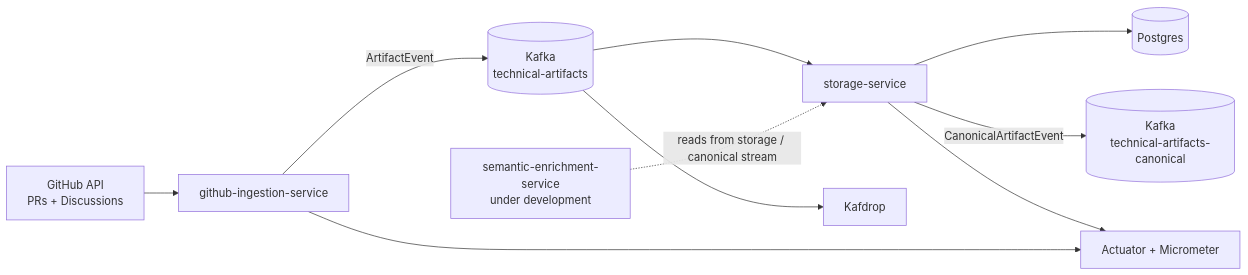
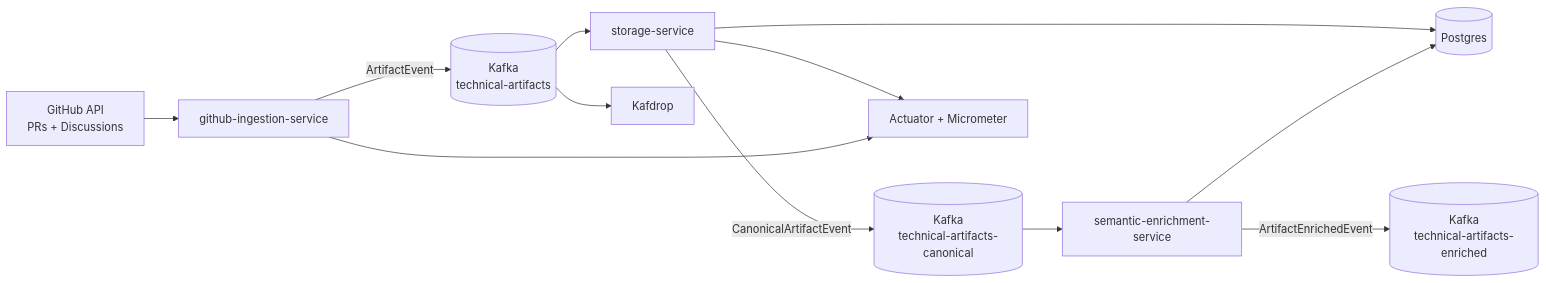
One commit to sivaanand13/change-owl changed the first of 2 diagrams in README.md. Above: the diagram before and after it, drawn with Mermaid. The commit also changed other lines of this file and 24 other files, not shown here.

First line of the commit message:
feat: add semantic enrichment service

````diff
--- a/README.md
+++ b/README.md
@@ -39,12 +42,14 @@
 ```mermaid
 flowchart LR
 	GH[GitHub API\nPRs + Discussions] --> ING[github-ingestion-service]
 	ING -->|ArtifactEvent| K[(Kafka\ntechnical-artifacts)]
 	K --> ST[storage-service]
 	ST --> DB[(Postgres)]
 	ST -->|CanonicalArtifactEvent| KC[(Kafka\ntechnical-artifacts-canonical)]
 	ST --> METRICS[Actuator + Micrometer]
 	ING --> METRICS
 	K --> KD[Kafdrop]
-	SEM[semantic-enrichment-service\nunder development] -. reads from storage / canonical stream .-> ST
+	KC --> SEM[semantic-enrichment-service]
+	SEM -->|ArtifactEnrichedEvent| KE[(Kafka\ntechnical-artifacts-enriched)]
+	SEM --> DB
 ```
````
